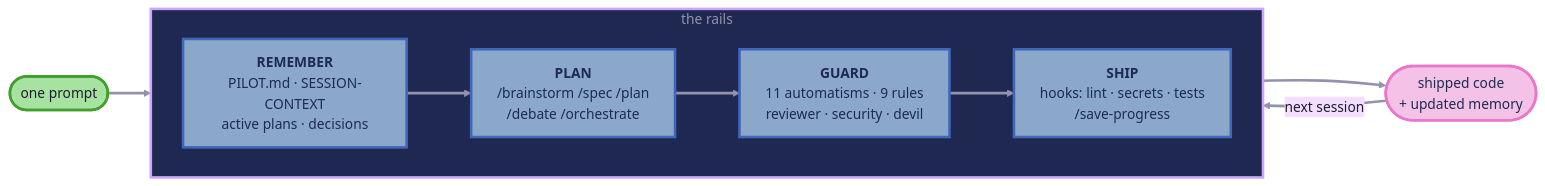
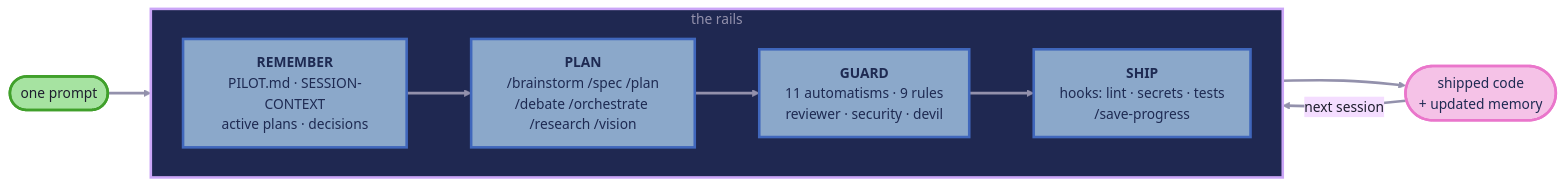
Before and after one commit to Vincent-20-100/metadev-protocol: the third of 3 diagrams in README.md, drawn with Mermaid (base theme). The commit also changed other lines of this file and 1 other file, not shown here.

Commit message:
docs: fix 3 stale skills references missed in propagation pass
- README.md Generated Structure: "8 built-in skills" → "10 built-in skills"
- README.md Rails diagram PLAN stage: add /research and /vision to the
  skill list (was missing from the Mermaid node label)
- CLAUDE.md architecture tree: update skills comment from old
  "brainstorm, plan, ship, lint, test" to full 10-skill list

````diff
--- a/README.md
+++ b/README.md
@@ -121,27 +121,27 @@
 ```mermaid
 flowchart LR
     classDef io    fill: #a6e3a1,stroke: #40a02b,stroke-width:3px,color: #1e1e2e
     classDef stage fill: #8ba8ca,stroke: #4067bc,stroke-width:3px,color: #1e2a52
     classDef out   fill: #f5c2e7,stroke: #ea76cb,stroke-width:3px,color: #1e2a52
 
     PROMPT(["one prompt"]):::io
 
     subgraph RAILS["the rails"]
         direction LR
         REMEMBER["<b>REMEMBER</b><br/>PILOT.md · SESSION-CONTEXT<br/>active plans · decisions"]:::stage
-        PLAN["<b>PLAN</b><br/>/brainstorm /spec /plan<br/>/debate /orchestrate"]:::stage
+        PLAN["<b>PLAN</b><br/>/brainstorm /spec /plan<br/>/debate /orchestrate /research /vision"]:::stage
         GUARD["<b>GUARD</b><br/>11 automatisms · 9 rules<br/>reviewer · security · devil"]:::stage
         SHIP["<b>SHIP</b><br/>hooks: lint · secrets · tests<br/>/save-progress"]:::stage
         REMEMBER ==> PLAN ==> GUARD ==> SHIP
     end
 
     CODE(["shipped code<br/>+ updated memory"]):::out
 
     PROMPT ==> REMEMBER
     SHIP ==> CODE
     CODE -->|"next session"| REMEMBER
 
     style RAILS fill: #1f2851,stroke: #cba6f7,stroke-width:3px,color: #9391ac
 
     linkStyle default stroke: #9391ac,stroke-width:3px,color: #1e1e2e
 ```
````
